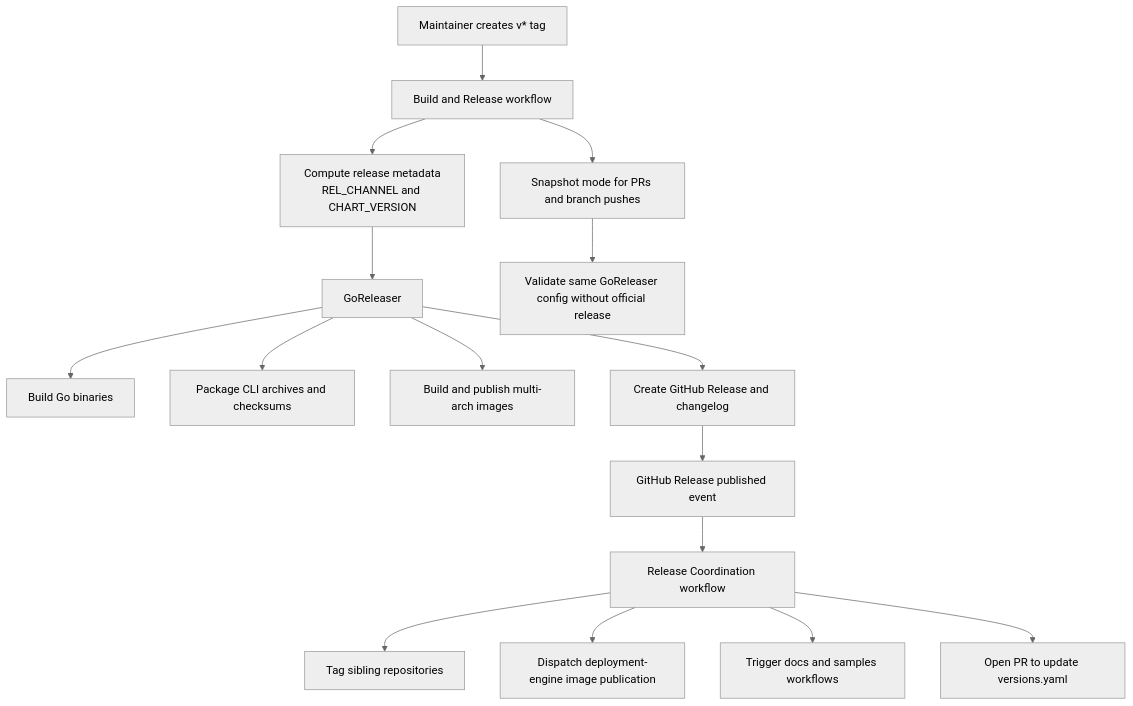
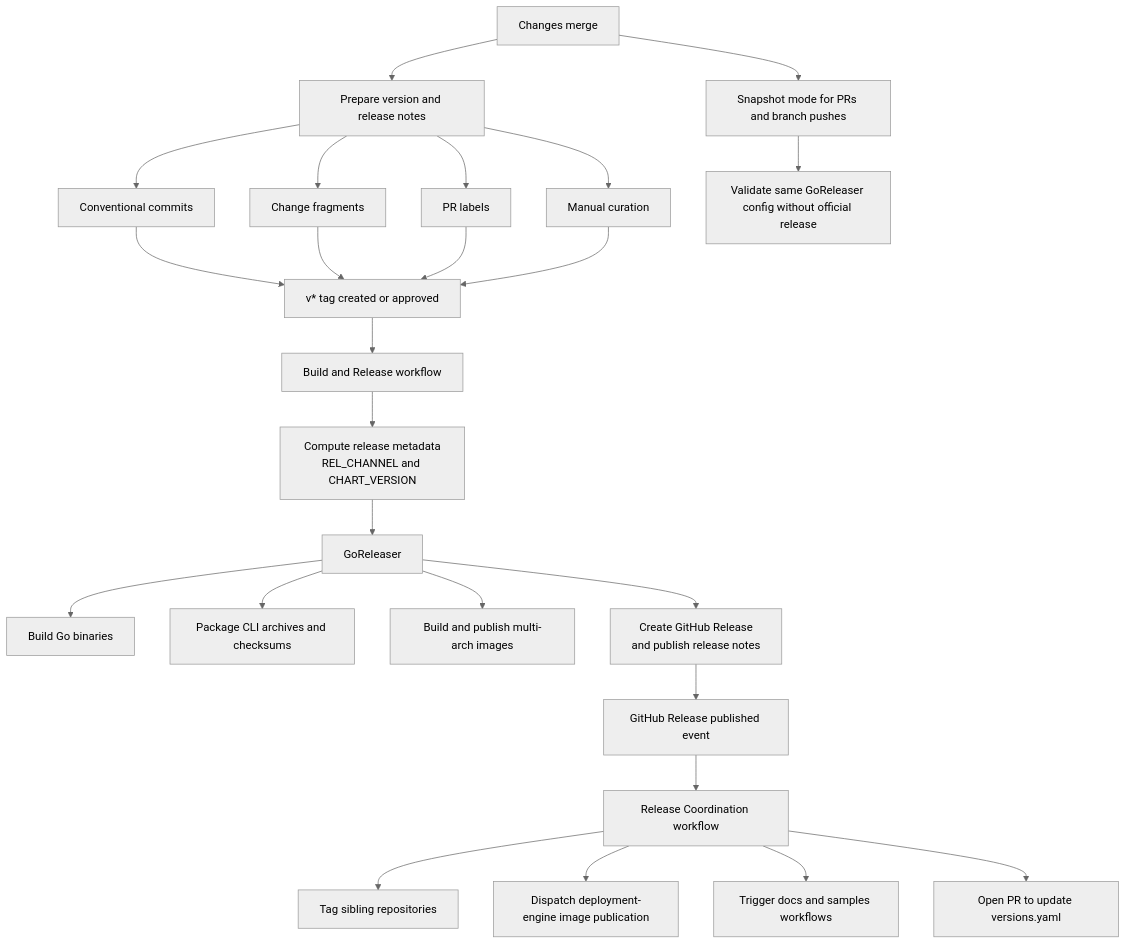
The diagram in eng/design-notes/tools/2026-03-goreleaser-release-lifecycle.md (radius-project/radius), drawn with Mermaid (neutral theme) before and after one commit. The commit also changed other lines of this file, not shown here.

Commit message:
docs(design-release): SoT for versioning/changelog

````diff
--- a/eng/design-notes/tools/2026-03-goreleaser-release-lifecycle.md
+++ b/eng/design-notes/tools/2026-03-goreleaser-release-lifecycle.md
@@ -111,22 +117,33 @@
 ```mermaid
 flowchart TD
-    A[Maintainer creates v* tag] --> B[Build and Release workflow]
+    A[Changes merge] --> V[Prepare version and release notes]
+    V --> V1[Conventional commits]
+    V --> V2[Change fragments]
+    V --> V3[PR labels]
+    V --> V4[Manual curation]
+
+    V1 --> T[v* tag created or approved]
+    V2 --> T
+    V3 --> T
+    V4 --> T
+
+    T --> B[Build and Release workflow]
     B --> C[Compute release metadata\nREL_CHANNEL and CHART_VERSION]
     C --> D[GoReleaser]
 
     D --> D1[Build Go binaries]
     D --> D2[Package CLI archives and checksums]
     D --> D3[Build and publish multi-arch images]
-    D --> D4[Create GitHub Release and changelog]
+    D --> D4[Create GitHub Release\nand publish release notes]
 
     D4 --> E[GitHub Release published event]
     E --> F[Release Coordination workflow]
 
     F --> F1[Tag sibling repositories]
     F --> F2[Dispatch deployment-engine image publication]
     F --> F3[Trigger docs and samples workflows]
     F --> F4[Open PR to update versions.yaml]
 
-    B --> G[Snapshot mode for PRs and branch pushes]
+    A --> G[Snapshot mode for PRs and branch pushes]
     G --> G1[Validate same GoReleaser config without official release]
 ```
````
